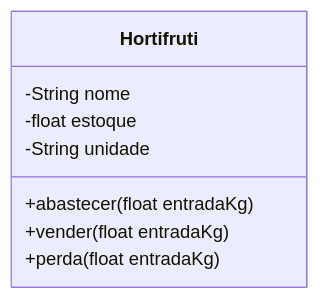
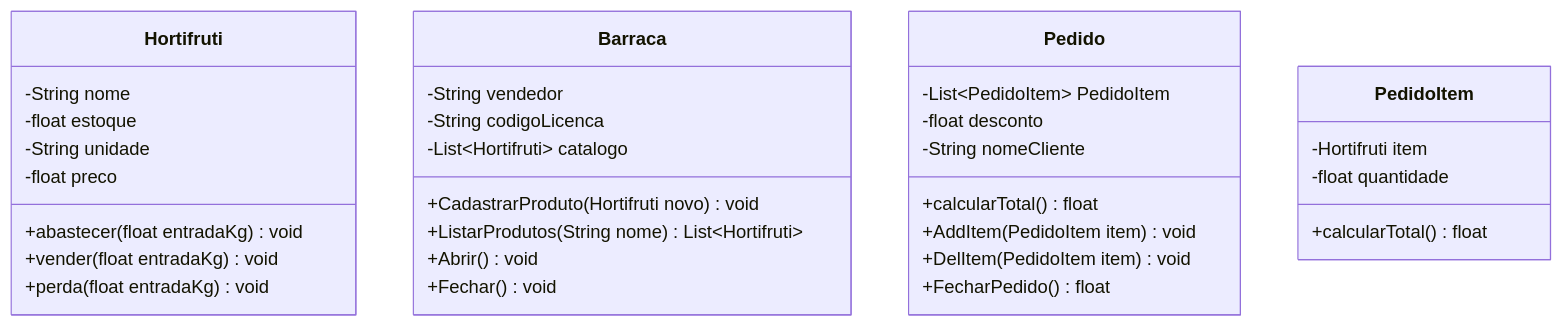
The first of 3 diagrams in aula04/src/segmento/README.md (alessandrocabralfatec/linguagemprogramacao1), drawn with Mermaid before and after one commit. The commit also changed other lines of this file, not shown here.

Commit message:
feat(aula4):diagramaClasses

````diff
--- a/aula04/src/segmento/README.md
+++ b/aula04/src/segmento/README.md
@@ -43,10 +19,47 @@
 ```mermaid
 classDiagram
-    Hortifruti : -String nome
-    Hortifruti : -float estoque
-    Hortifruti : -String unidade
-    Hortifruti: +abastecer(float entradaKg)
-    Hortifruti: +vender(float entradaKg)
-    Hortifruti: +perda(float entradaKg)
+title Feira
+    
+    class Hortifruti {
+        -String nome
+        -float estoque
+        -String unidade
+        -float preco
+        
+        +abastecer(float entradaKg) void
+        +vender(float entradaKg) void
+        +perda(float entradaKg) void
+    }
+    
+    class Barraca {
+        -String vendedor
+        -String codigoLicenca
+        -List~Hortifruti~ catalogo
+        
+        +CadastrarProduto(Hortifruti novo) void
+        +ListarProdutos(String nome) List~Hortifruti~
+        +Abrir() void
+        +Fechar() void
+    }
+    
+    class Pedido{
+    
+        -List~PedidoItem~ PedidoItem
+        -float desconto
+        -String nomeCliente
+        
+        +calcularTotal() float
+        +AddItem(PedidoItem item) void
+        +DelItem(PedidoItem item) void
+        +FecharPedido() float
+    }
+    
+    class PedidoItem{
+        -Hortifruti item
+        -float quantidade
+        
+        +calcularTotal() float
+    }
+ 
   
 ```
````
